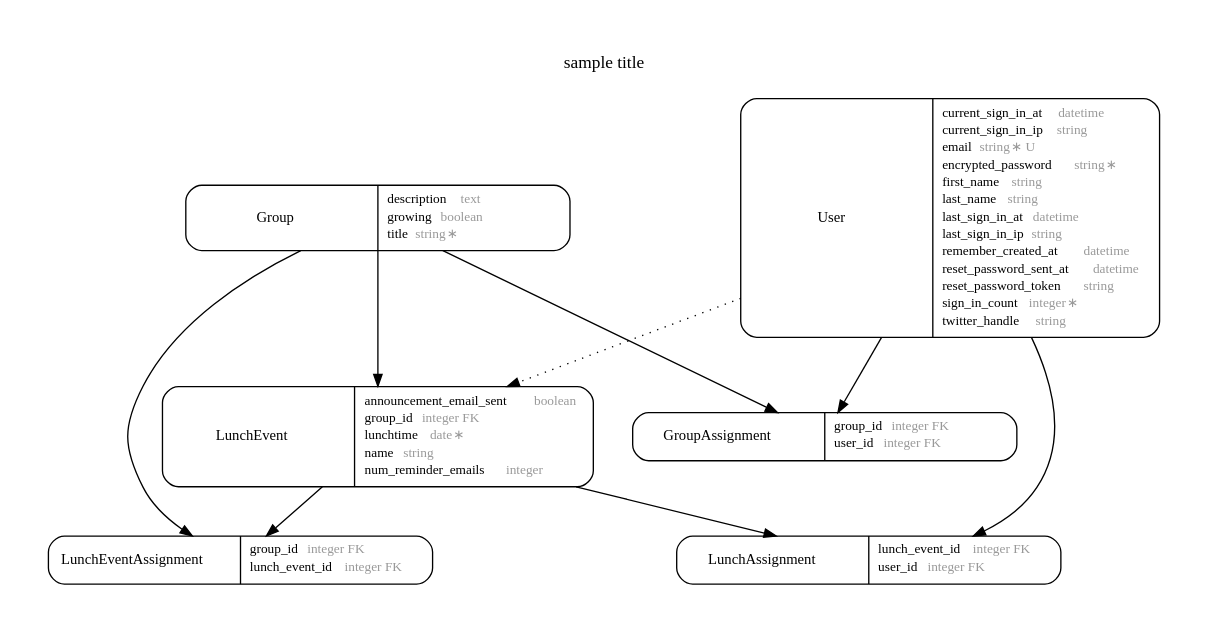
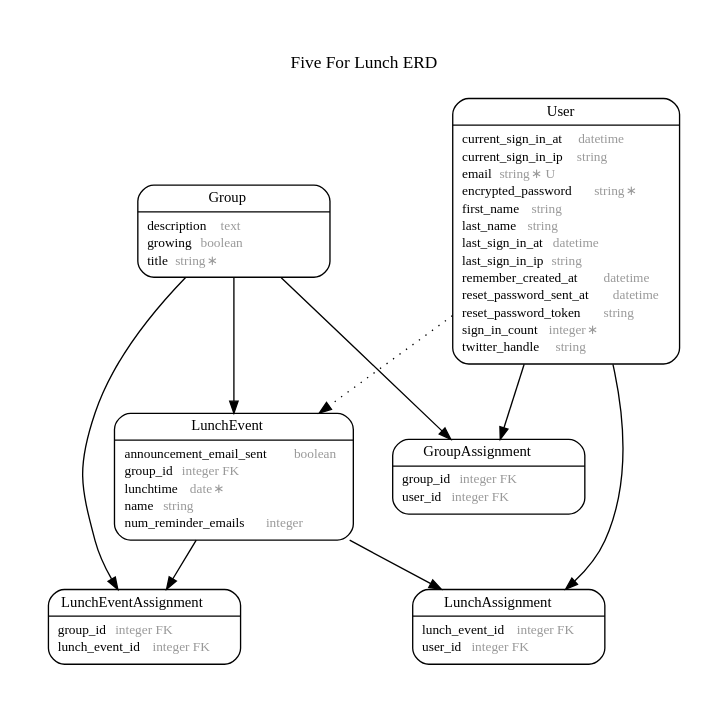
One commit to payne/lunchTDD2 changed the diagram in erd.dot. Above: the diagram before and after it, drawn with Graphviz. The commit also changed 2 other files, not shown here.

Commit message:
rake erd orientation=vertical title="Five For Lunch ERD"; dot erd.dot -Tpng > erd.png

```diff
--- a/erd.dot
+++ b/erd.dot
@@ -1,93 +1,93 @@
 digraph LunchTDD2 {
 rankdir = "LR";
 ranksep = "0.5";
 nodesep = "0.4";
 pad = "0.4,0.4";
 margin = "0,0";
 concentrate = "true";
 labelloc = "t";
 fontsize = "13";
 fontname = "Arial BoldMT";
 node[ shape  =  "Mrecord" , fontsize  =  "10" , fontname  =  "ArialMT" , margin  =  "0.07,0.05" , penwidth  =  "1.0"];
 edge[ fontname  =  "ArialMT" , fontsize  =  "7" , dir  =  "both" , arrowsize  =  "0.9" , penwidth  =  "1.0" , labelangle  =  "32" , labeldistance  =  "1.8"];
 rankdir = "TB";
-label = "sample title\n\n";
-m_Group [label = <<table border="0" align="center" cellspacing="0.5" cellpadding="0" width="134">
+label = "Five For Lunch ERD\n\n";
+m_Group [label = <{<table border="0" align="center" cellspacing="0.5" cellpadding="0" width="134">
   <tr><td align="center" valign="bottom" width="130"><font face="Arial BoldMT" point-size="11">Group</font></td></tr>
 </table>
 |
 <table border="0" align="left" cellspacing="2" cellpadding="0" width="134">
   <tr><td align="left" width="130" port="description">description <font face="Arial ItalicMT" color="grey60">text</font></td></tr>
   <tr><td align="left" width="130" port="growing">growing <font face="Arial ItalicMT" color="grey60">boolean</font></td></tr>
   <tr><td align="left" width="130" port="title">title <font face="Arial ItalicMT" color="grey60">string ∗</font></td></tr>
 </table>
->];
-m_GroupAssignment [label = <<table border="0" align="center" cellspacing="0.5" cellpadding="0" width="134">
+}>];
+m_GroupAssignment [label = <{<table border="0" align="center" cellspacing="0.5" cellpadding="0" width="134">
   <tr><td align="center" valign="bottom" width="130"><font face="Arial BoldMT" point-size="11">GroupAssignment</font></td></tr>
 </table>
 |
 <table border="0" align="left" cellspacing="2" cellpadding="0" width="134">
   <tr><td align="left" width="130" port="group_id">group_id <font face="Arial ItalicMT" color="grey60">integer FK</font></td></tr>
   <tr><td align="left" width="130" port="user_id">user_id <font face="Arial ItalicMT" color="grey60">integer FK</font></td></tr>
 </table>
->];
-m_LunchAssignment [label = <<table border="0" align="center" cellspacing="0.5" cellpadding="0" width="134">
+}>];
+m_LunchAssignment [label = <{<table border="0" align="center" cellspacing="0.5" cellpadding="0" width="134">
   <tr><td align="center" valign="bottom" width="130"><font face="Arial BoldMT" point-size="11">LunchAssignment</font></td></tr>
 </table>
 |
 <table border="0" align="left" cellspacing="2" cellpadding="0" width="134">
   <tr><td align="left" width="130" port="lunch_event_id">lunch_event_id <font face="Arial ItalicMT" color="grey60">integer FK</font></td></tr>
   <tr><td align="left" width="130" port="user_id">user_id <font face="Arial ItalicMT" color="grey60">integer FK</font></td></tr>
 </table>
->];
-m_LunchEvent [label = <<table border="0" align="center" cellspacing="0.5" cellpadding="0" width="134">
+}>];
+m_LunchEvent [label = <{<table border="0" align="center" cellspacing="0.5" cellpadding="0" width="134">
   <tr><td align="center" valign="bottom" width="130"><font face="Arial BoldMT" point-size="11">LunchEvent</font></td></tr>
 </table>
 |
 <table border="0" align="left" cellspacing="2" cellpadding="0" width="134">
   <tr><td align="left" width="130" port="announcement_email_sent">announcement_email_sent <font face="Arial ItalicMT" color="grey60">boolean</font></td></tr>
   <tr><td align="left" width="130" port="group_id">group_id <font face="Arial ItalicMT" color="grey60">integer FK</font></td></tr>
   <tr><td align="left" width="130" port="lunchtime">lunchtime <font face="Arial ItalicMT" color="grey60">date ∗</font></td></tr>
   <tr><td align="left" width="130" port="name">name <font face="Arial ItalicMT" color="grey60">string</font></td></tr>
   <tr><td align="left" width="130" port="num_reminder_emails">num_reminder_emails <font face="Arial ItalicMT" color="grey60">integer</font></td></tr>
 </table>
->];
-m_LunchEventAssignment [label = <<table border="0" align="center" cellspacing="0.5" cellpadding="0" width="134">
+}>];
+m_LunchEventAssignment [label = <{<table border="0" align="center" cellspacing="0.5" cellpadding="0" width="134">
   <tr><td align="center" valign="bottom" width="130"><font face="Arial BoldMT" point-size="11">LunchEventAssignment</font></td></tr>
 </table>
 |
 <table border="0" align="left" cellspacing="2" cellpadding="0" width="134">
   <tr><td align="left" width="130" port="group_id">group_id <font face="Arial ItalicMT" color="grey60">integer FK</font></td></tr>
   <tr><td align="left" width="130" port="lunch_event_id">lunch_event_id <font face="Arial ItalicMT" color="grey60">integer FK</font></td></tr>
 </table>
->];
-m_User [label = <<table border="0" align="center" cellspacing="0.5" cellpadding="0" width="134">
+}>];
+m_User [label = <{<table border="0" align="center" cellspacing="0.5" cellpadding="0" width="134">
   <tr><td align="center" valign="bottom" width="130"><font face="Arial BoldMT" point-size="11">User</font></td></tr>
 </table>
 |
 <table border="0" align="left" cellspacing="2" cellpadding="0" width="134">
   <tr><td align="left" width="130" port="current_sign_in_at">current_sign_in_at <font face="Arial ItalicMT" color="grey60">datetime</font></td></tr>
   <tr><td align="left" width="130" port="current_sign_in_ip">current_sign_in_ip <font face="Arial ItalicMT" color="grey60">string</font></td></tr>
   <tr><td align="left" width="130" port="email">email <font face="Arial ItalicMT" color="grey60">string ∗ U</font></td></tr>
   <tr><td align="left" width="130" port="encrypted_password">encrypted_password <font face="Arial ItalicMT" color="grey60">string ∗</font></td></tr>
   <tr><td align="left" width="130" port="first_name">first_name <font face="Arial ItalicMT" color="grey60">string</font></td></tr>
   <tr><td align="left" width="130" port="last_name">last_name <font face="Arial ItalicMT" color="grey60">string</font></td></tr>
   <tr><td align="left" width="130" port="last_sign_in_at">last_sign_in_at <font face="Arial ItalicMT" color="grey60">datetime</font></td></tr>
   <tr><td align="left" width="130" port="last_sign_in_ip">last_sign_in_ip <font face="Arial ItalicMT" color="grey60">string</font></td></tr>
   <tr><td align="left" width="130" port="remember_created_at">remember_created_at <font face="Arial ItalicMT" color="grey60">datetime</font></td></tr>
   <tr><td align="left" width="130" port="reset_password_sent_at">reset_password_sent_at <font face="Arial ItalicMT" color="grey60">datetime</font></td></tr>
   <tr><td align="left" width="130" port="reset_password_token">reset_password_token <font face="Arial ItalicMT" color="grey60">string</font></td></tr>
   <tr><td align="left" width="130" port="sign_in_count">sign_in_count <font face="Arial ItalicMT" color="grey60">integer ∗</font></td></tr>
   <tr><td align="left" width="130" port="twitter_handle">twitter_handle <font face="Arial ItalicMT" color="grey60">string</font></td></tr>
 </table>
->];
+}>];
   m_User -> m_LunchAssignment [arrowhead = "normal", arrowtail = "none", weight = "2"];
   m_User -> m_LunchEvent [style = "dotted", arrowhead = "normal", arrowtail = "none", weight = "2", constraint = "false"];
   m_User -> m_GroupAssignment [arrowhead = "normal", arrowtail = "none", weight = "2"];
   m_User -> m_Group [style = "dotted", arrowhead = "normal", arrowtail = "none", weight = "2", constraint = "false"];
   m_Group -> m_GroupAssignment [arrowhead = "normal", arrowtail = "none", weight = "2"];
   m_Group -> m_LunchEvent [arrowhead = "normal", arrowtail = "none", weight = "2"];
   m_LunchEvent -> m_LunchAssignment [arrowhead = "normal", arrowtail = "none", weight = "2"];
   m_LunchEvent -> m_LunchEventAssignment [arrowhead = "normal", arrowtail = "none", weight = "1"];
   m_Group -> m_LunchEventAssignment [arrowhead = "normal", arrowtail = "none", weight = "1"];
 }
```
